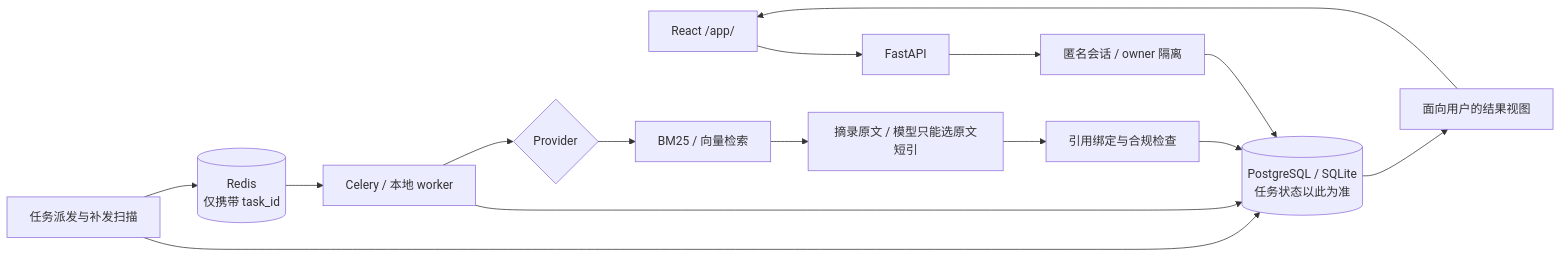
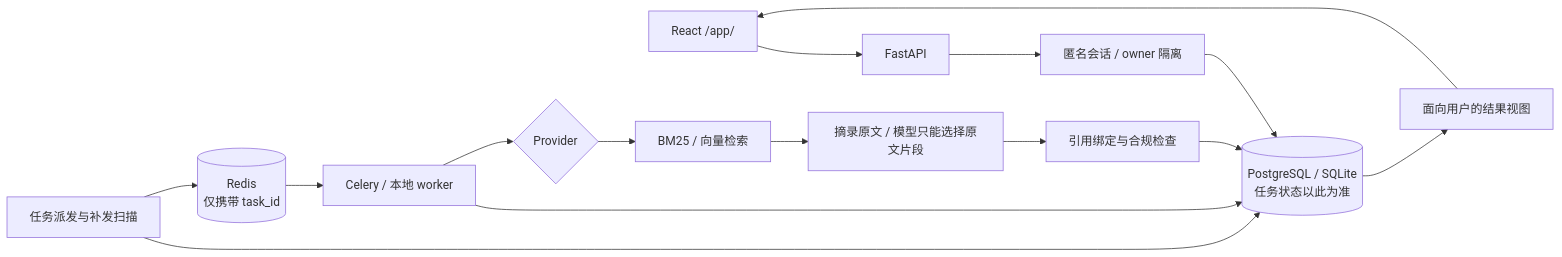
One commit to control-coder/medcite changed the diagram in README.md. Above: the diagram before and after it, drawn with Mermaid. The commit also changed other lines of this file and 9 other files, not shown here.

````diff
--- a/README.md
+++ b/README.md
@@ -45,16 +45,16 @@
 ```mermaid
 flowchart LR
     UI[React /app/] --> API[FastAPI]
     API --> ID[匿名会话 / owner 隔离]
     ID --> DB[(PostgreSQL / SQLite<br/>任务状态以此为准)]
     S[任务派发与补发扫描] --> DB
     S --> Q[(Redis<br/>仅携带 task_id)]
     Q --> W[Celery / 本地 worker]
     W --> DB
     W --> P{Provider}
     P --> R[BM25 / 向量检索]
-    R --> G[摘录原文 / 模型只能选原文短引]
+    R --> G[摘录原文 / 模型只能选择原文片段]
     G --> V[引用绑定与合规检查]
     V --> DB
     DB --> PRJ[面向用户的结果视图] --> UI
 ```
````
